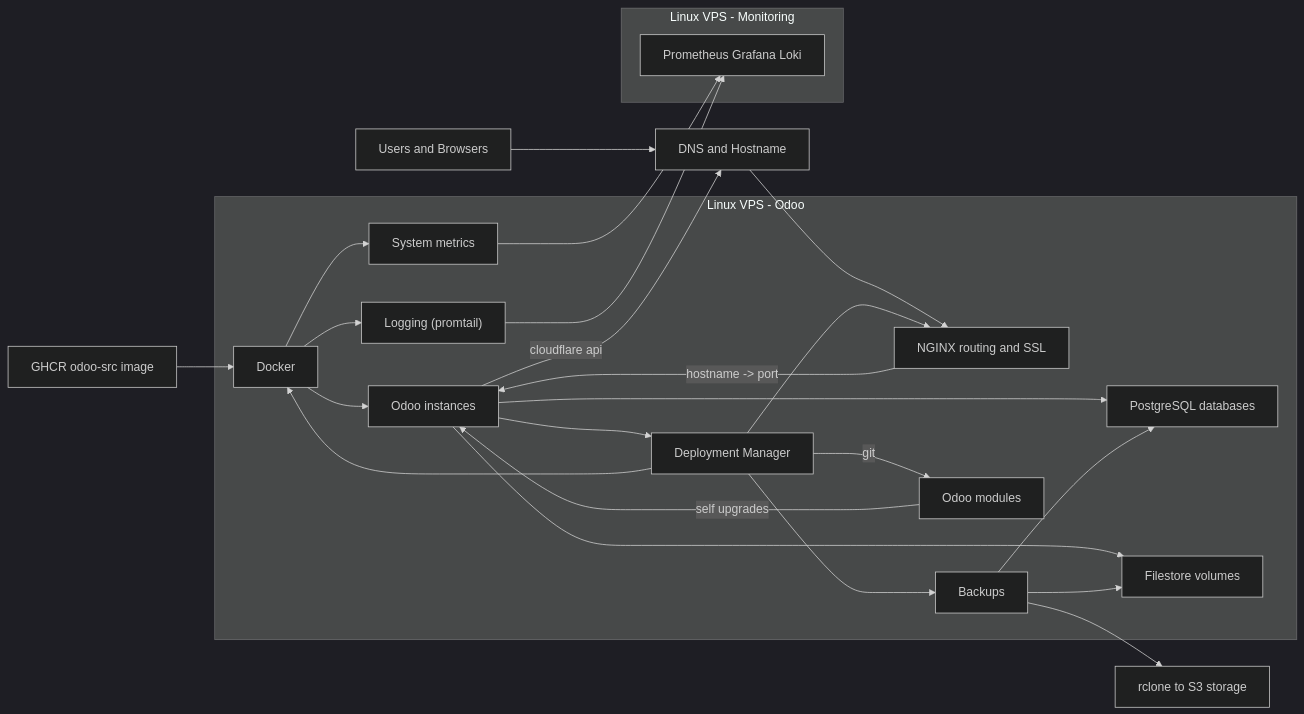
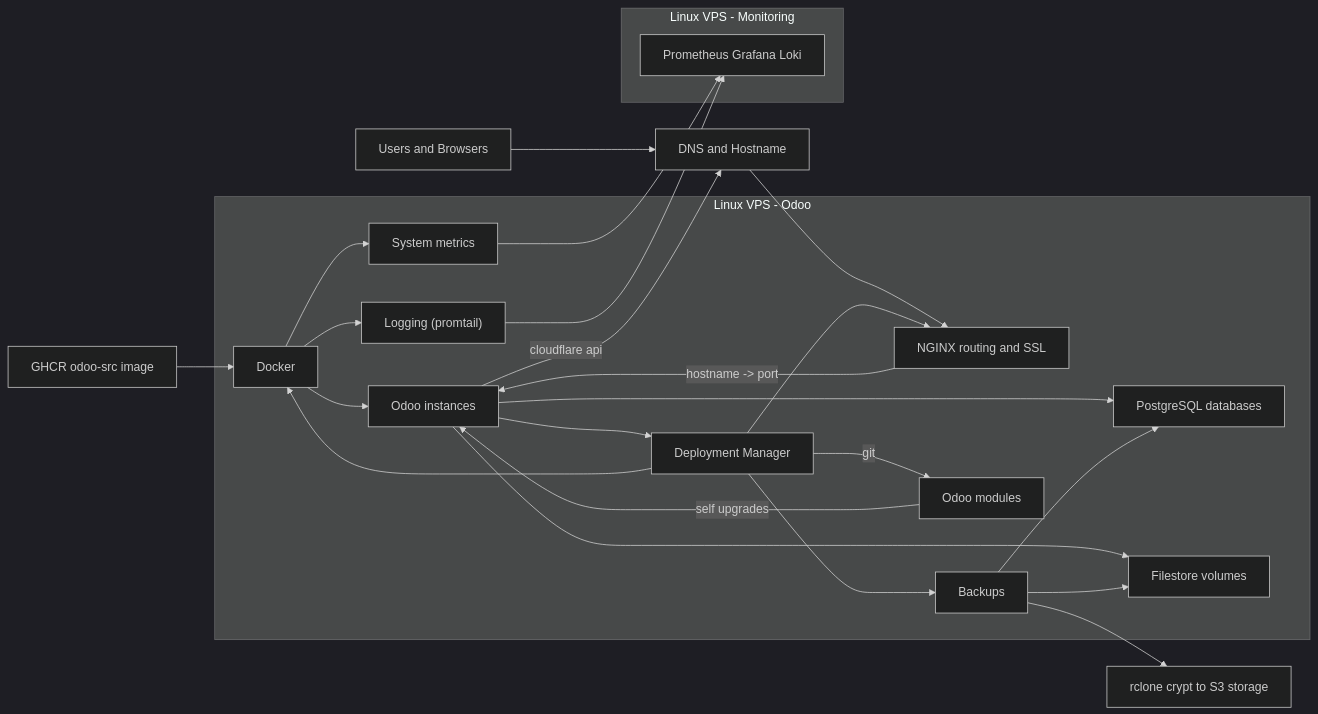
Before and after one commit to elmeriniemela/deploy-manager: the diagram in README.md, drawn with Mermaid (dark theme). The commit also changed other lines of this file and 7 other files, not shown here.

````diff
--- a/README.md
+++ b/README.md
@@ -9,65 +9,65 @@
 ```mermaid
 flowchart LR
     GHCR["GHCR odoo-src image"]
     User["Users and Browsers"]
     DNS["DNS and Hostname"]
     Nginx["NGINX routing and SSL"]
     Odoo["Odoo instances"]
     PG["PostgreSQL databases"]
     FS["Filestore volumes"]
     DeployManager["Deployment Manager"]
     Backup["Backups"]
-    Rclone["rclone to S3 storage"]
+    Rclone["rclone crypt to S3 storage"]
     Monitoring["Prometheus Grafana Loki"]
     Metrics["System metrics"]
     Logs["Logging (promtail)"]
     Modules["Odoo modules"]
 
     GHCR --> Docker
     Docker --> Odoo
     Modules -->|self upgrades| Odoo
 
     User --> DNS
     DNS --> Nginx
     Nginx -->|hostname -> port| Odoo
     Odoo --> PG
     Odoo --> FS
     Odoo -->|cloudflare api| DNS
     Odoo --> DeployManager
 
     Backup --> PG
     Backup --> FS
 
     DeployManager --> Docker
     DeployManager --> Nginx
     DeployManager --> Backup
     DeployManager -->|git| Modules
     Backup --> Rclone
 
     Docker --> Metrics
     Docker --> Logs
 
     Metrics --> Monitoring
     Logs --> Monitoring
 
 
     subgraph OdooHost["Linux VPS - Odoo"]
         Docker
         Odoo
         PG
         FS
         DeployManager
         Modules
         Nginx
         Backup
         Metrics
         Logs
     end
 
 
     subgraph MonHost["Linux VPS - Monitoring"]
       Monitoring
     end
 
 
 ```
````
